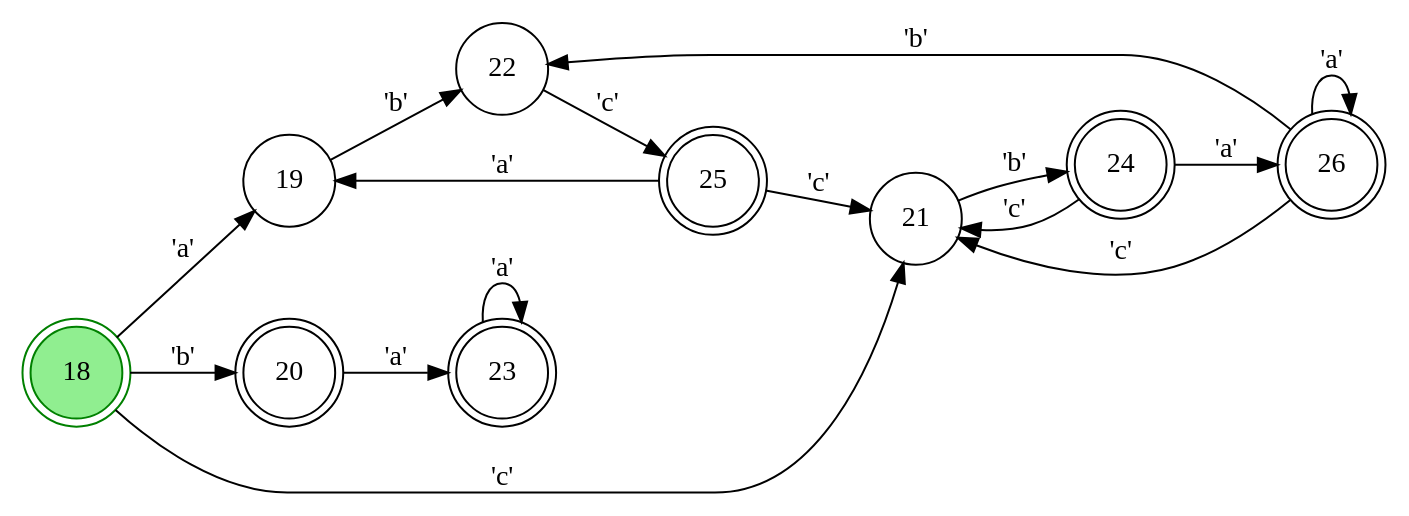
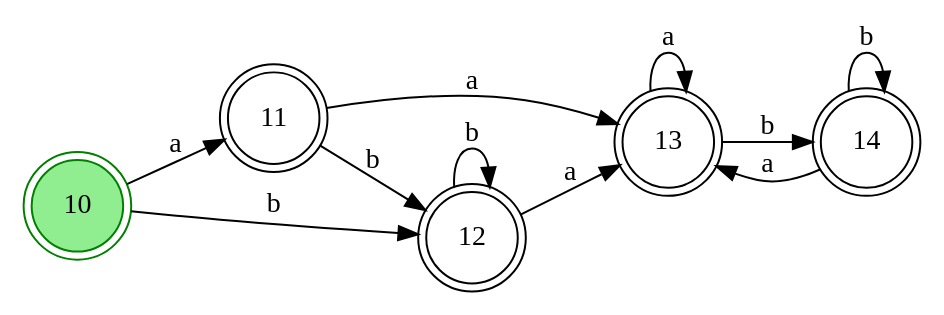
Before and after one commit to EndRiKeR/comp-lab: the diagram in dots/minDfa.dot, drawn with Graphviz. The commit also changed 17 other files, not shown here.

```diff
--- a/dots/minDfa.dot
+++ b/dots/minDfa.dot
@@ -1,28 +1,19 @@
 digraph DFA {
   rankdir=LR;
   node [shape=circle];
-  "19" [label="19"] [shape=circle];
-  "20" [label="20"] [shape=doublecircle];
-  "21" [label="21"] [shape=circle];
-  "22" [label="22"] [shape=circle];
-  "23" [label="23"] [shape=doublecircle];
-  "24" [label="24"] [shape=doublecircle];
-  "25" [label="25"] [shape=doublecircle];
-  "26" [label="26"] [shape=doublecircle];
-  "18" [label="18"] [shape=doublecircle,color=green,style=filled,fillcolor=lightgreen];
-  "18" -> "19" [label="'a'"];
-  "18" -> "20" [label="'b'"];
-  "18" -> "21" [label="'c'"];
-  "19" -> "22" [label="'b'"];
-  "20" -> "23" [label="'a'"];
-  "21" -> "24" [label="'b'"];
-  "22" -> "25" [label="'c'"];
-  "23" -> "23" [label="'a'"];
-  "24" -> "26" [label="'a'"];
-  "24" -> "21" [label="'c'"];
-  "25" -> "19" [label="'a'"];
-  "25" -> "21" [label="'c'"];
-  "26" -> "26" [label="'a'"];
-  "26" -> "22" [label="'b'"];
-  "26" -> "21" [label="'c'"];
+  "11" [label="11"] [shape=doublecircle];
+  "12" [label="12"] [shape=doublecircle];
+  "13" [label="13"] [shape=doublecircle];
+  "14" [label="14"] [shape=doublecircle];
+  "10" [label="10"] [shape=doublecircle,color=green,style=filled,fillcolor=lightgreen];
+  "10" -> "11" [label="a"];
+  "10" -> "12" [label="b"];
+  "11" -> "13" [label="a"];
+  "11" -> "12" [label="b"];
+  "12" -> "13" [label="a"];
+  "12" -> "12" [label="b"];
+  "13" -> "13" [label="a"];
+  "13" -> "14" [label="b"];
+  "14" -> "13" [label="a"];
+  "14" -> "14" [label="b"];
 }
```
